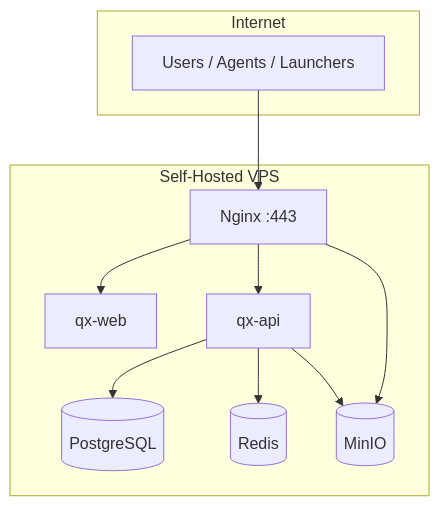
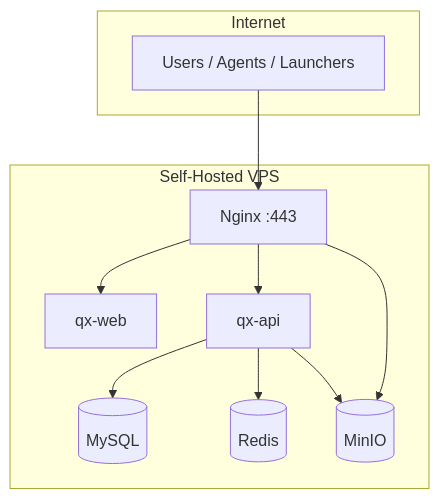
One commit to mindevis/qx-project changed diagram 13 of 16 in docs/architecture.md. Above: the diagram before and after it, drawn with Mermaid. The commit also changed other lines of this file and 10 other files, not shown here.

````diff
--- a/docs/architecture.md
+++ b/docs/architecture.md
@@ -1065,23 +1081,23 @@
 ```mermaid
 flowchart TB
     subgraph internet [Internet]
         Users[Users / Agents / Launchers]
     end
 
     subgraph vps [Self-Hosted VPS]
         Nginx[Nginx :443]
         API[qx-api]
         Web[qx-web]
-        PG[(PostgreSQL)]
+        MySQL[(MySQL)]
         Redis[(Redis)]
         MinIO[(MinIO)]
         Nginx --> Web
         Nginx --> API
         Nginx --> MinIO
-        API --> PG
+        API --> MySQL
         API --> Redis
         API --> MinIO
     end
 
     Users --> Nginx
 ```
````
